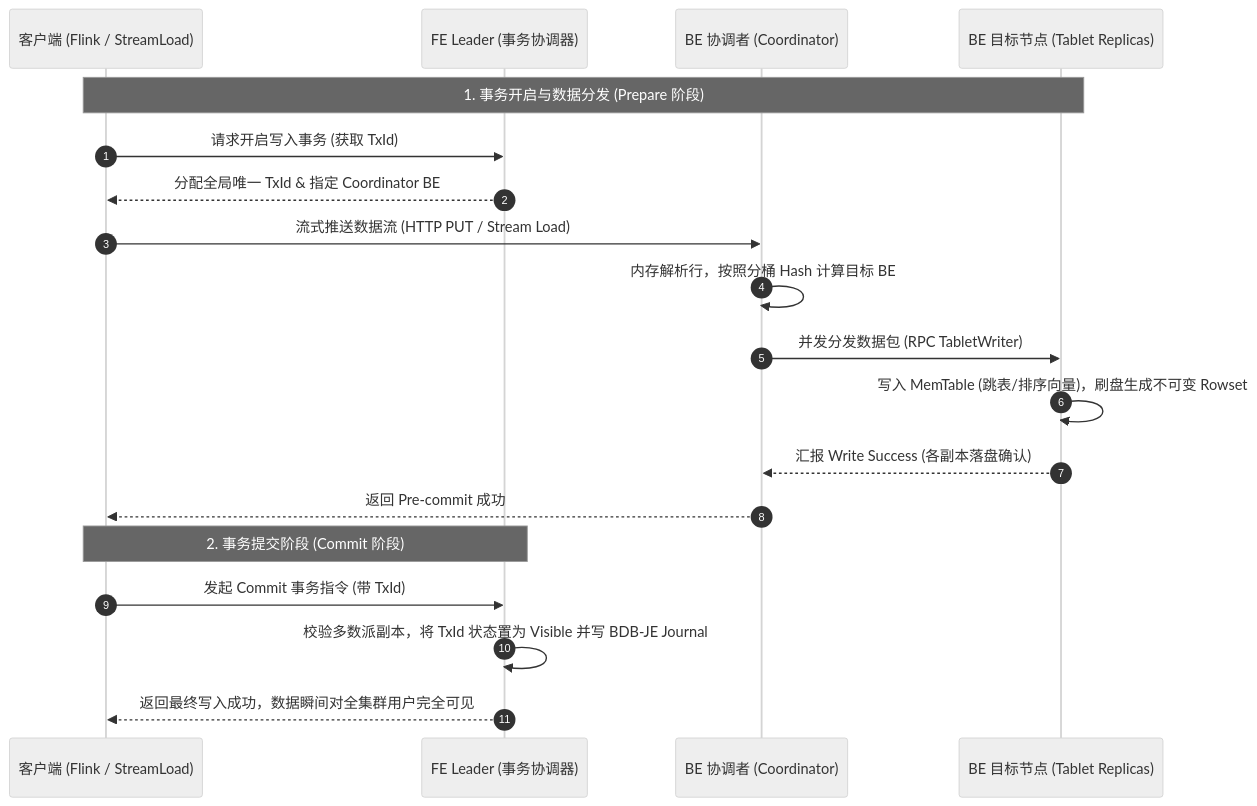
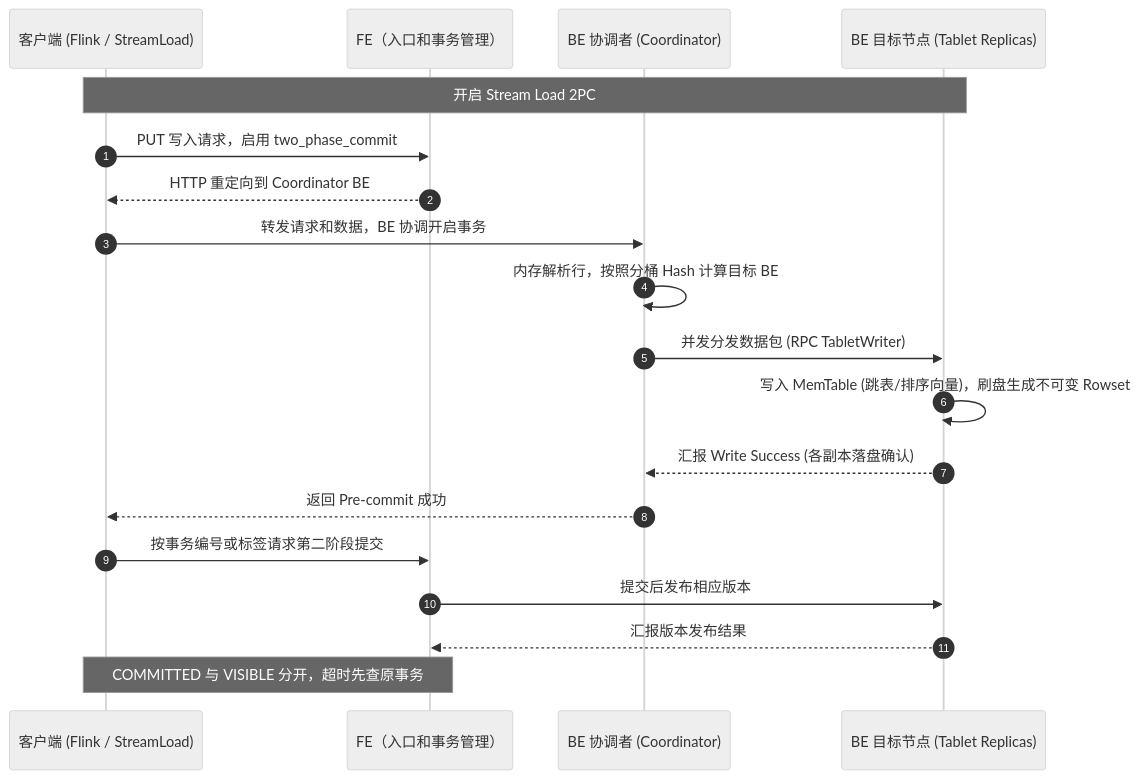
The third of 6 diagrams in 01-bigdata/08-doris-lakehouse/01-doris-realtime-olap.md (tieke1121/tech-interview-knowledge-base), drawn with Mermaid (neutral theme) before and after one commit. The commit also changed other lines of this file and 22 other files, not shown here.

````diff
--- a/01-bigdata/08-doris-lakehouse/01-doris-realtime-olap.md
+++ b/01-bigdata/08-doris-lakehouse/01-doris-realtime-olap.md
@@ -148,23 +150,23 @@
 ```mermaid
 sequenceDiagram
     autonumber
     participant Client as 客户端 (Flink / StreamLoad)
-    participant FE as FE Leader (事务协调器)
+    participant FE as FE（入口和事务管理）
     participant BE_Coord as BE 协调者 (Coordinator)
     participant BE_Exec as BE 目标节点 (Tablet Replicas)
 
-    Note over Client,BE_Exec: 1. 事务开启与数据分发 (Prepare 阶段)
-    Client->>FE: 请求开启写入事务 (获取 TxId)
-    FE-->>Client: 分配全局唯一 TxId & 指定 Coordinator BE
-    Client->>BE_Coord: 流式推送数据流 (HTTP PUT / Stream Load)
+    Note over Client,BE_Exec: 开启 Stream Load 2PC
+    Client->>FE: PUT 写入请求，启用 two_phase_commit
+    FE-->>Client: HTTP 重定向到 Coordinator BE
+    Client->>BE_Coord: 转发请求和数据，BE 协调开启事务
     BE_Coord->>BE_Coord: 内存解析行，按照分桶 Hash 计算目标 BE
     BE_Coord->>BE_Exec: 并发分发数据包 (RPC TabletWriter)
     BE_Exec->>BE_Exec: 写入 MemTable (跳表/排序向量)，刷盘生成不可变 Rowset
     BE_Exec-->>BE_Coord: 汇报 Write Success (各副本落盘确认)
     BE_Coord-->>Client: 返回 Pre-commit 成功
 
-    Note over Client,FE: 2. 事务提交阶段 (Commit 阶段)
-    Client->>FE: 发起 Commit 事务指令 (带 TxId)
-    FE->>FE: 校验多数派副本，将 TxId 状态置为 Visible 并写 BDB-JE Journal
-    FE-->>Client: 返回最终写入成功，数据瞬间对全集群用户完全可见
+    Client->>FE: 按事务编号或标签请求第二阶段提交
+    FE->>BE_Exec: 提交后发布相应版本
+    BE_Exec-->>FE: 汇报版本发布结果
+    Note over FE,Client: COMMITTED 与 VISIBLE 分开，超时先查原事务
 ```
````
